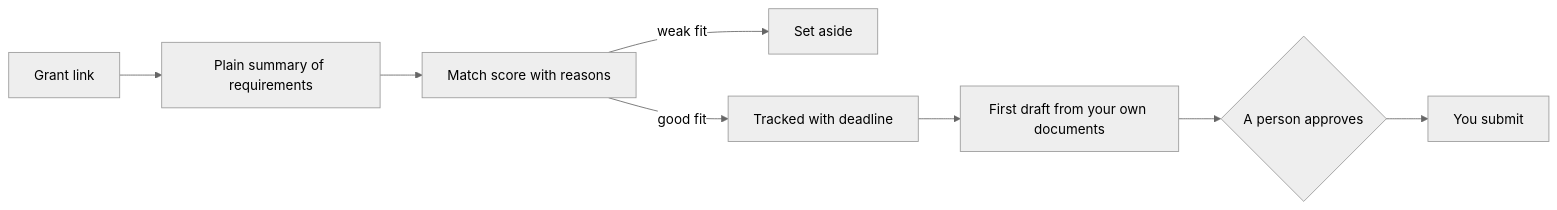
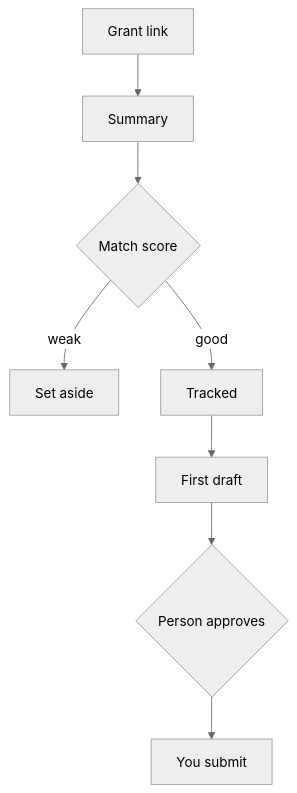
The diagram in README.md (Mohanad1st/grantsai-showcase), drawn with Mermaid (neutral theme) before and after one commit. The commit also changed other lines of this file and 2 other files, not shown here.

Commit message:
docs: align case study for ICAIRE and Coefficient Giving review
Calibrated claims and statuses, honest limits, corrected Arabic (AI-drafted: needs native review), phone-legible banner, top-to-bottom diagrams with text descriptions, descriptive alt text.

````diff
--- a/README.md
+++ b/README.md
@@ -22,10 +24,12 @@
 ```mermaid
-flowchart LR
-  A[Grant link] --> B[Plain summary of requirements]
-  B --> C[Match score with reasons]
-  C -- weak fit --> Z[Set aside]
-  C -- good fit --> D[Tracked with deadline]
-  D --> E[First draft from your own documents]
-  E --> F{A person approves}
+flowchart TD
+  accTitle: How GrantsAI handles a grant
+  accDescr: A grant link is summarised, scored for fit with reasons, weak fits are set aside, good fits are tracked with a deadline, a first draft is written from your own documents, and a person approves before you submit.
+  A[Grant link] --> B[Summary]
+  B --> C{Match score}
+  C -- weak --> Z[Set aside]
+  C -- good --> D[Tracked]
+  D --> E[First draft]
+  E --> F{Person approves}
   F --> G[You submit]
 ```
````
